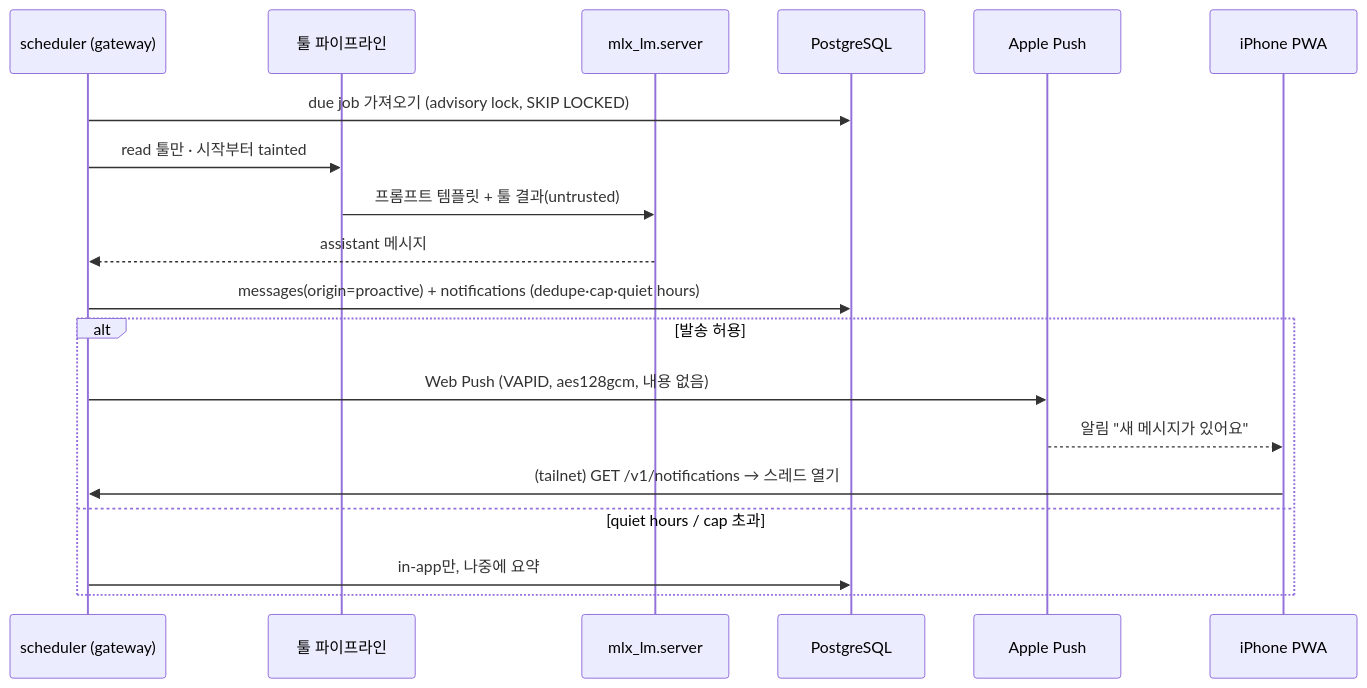
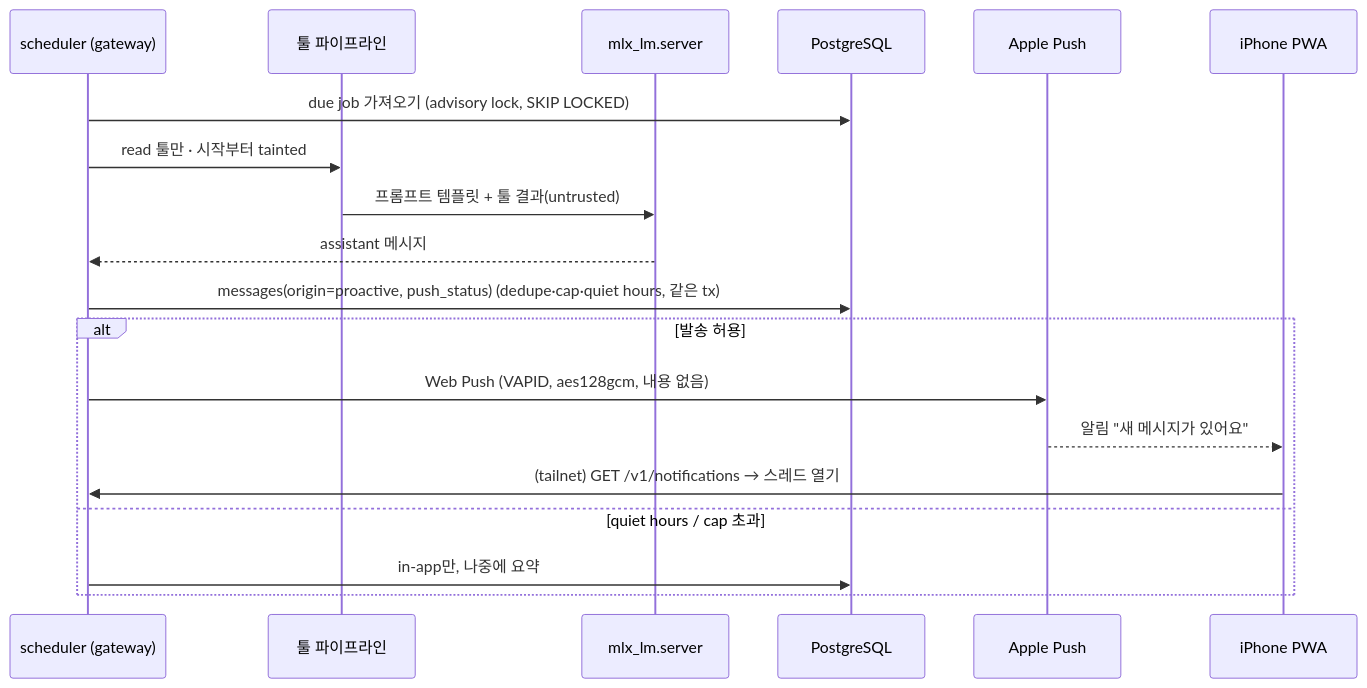
Before and after one commit to gun025bba/eve-serving: the diagram in docs/architecture/proactive-messaging.md, drawn with Mermaid. The commit also changed other lines of this file and 2 other files, not shown here.

Commit message:
docs(proactive): apply simplification review (single job model, 2 tables, Deliverer, templates, blueprints)

````diff
--- a/docs/architecture/proactive-messaging.md
+++ b/docs/architecture/proactive-messaging.md
@@ -211,21 +282,21 @@
 ```mermaid
 sequenceDiagram
   participant S as scheduler (gateway)
   participant P as 툴 파이프라인
   participant M as mlx_lm.server
   participant D as PostgreSQL
   participant A as Apple Push
   participant I as iPhone PWA
   S->>D: due job 가져오기 (advisory lock, SKIP LOCKED)
   S->>P: read 툴만 · 시작부터 tainted
   P->>M: 프롬프트 템플릿 + 툴 결과(untrusted)
   M-->>S: assistant 메시지
-  S->>D: messages(origin=proactive) + notifications (dedupe·cap·quiet hours)
+  S->>D: messages(origin=proactive, push_status) (dedupe·cap·quiet hours, 같은 tx)
   alt 발송 허용
     S->>A: Web Push (VAPID, aes128gcm, 내용 없음)
     A-->>I: 알림 "새 메시지가 있어요"
     I->>S: (tailnet) GET /v1/notifications → 스레드 열기
   else quiet hours / cap 초과
     S->>D: in-app만, 나중에 요약
   end
 ```
````
